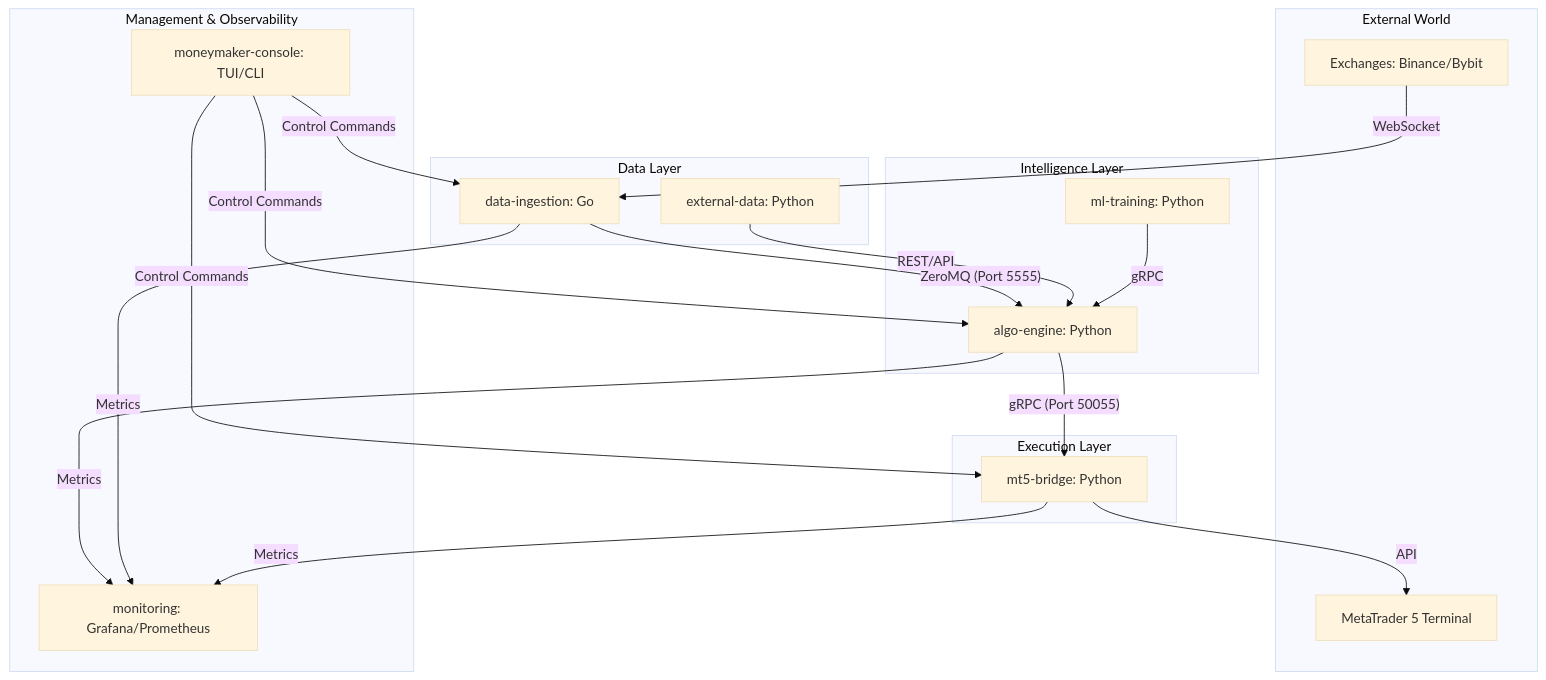
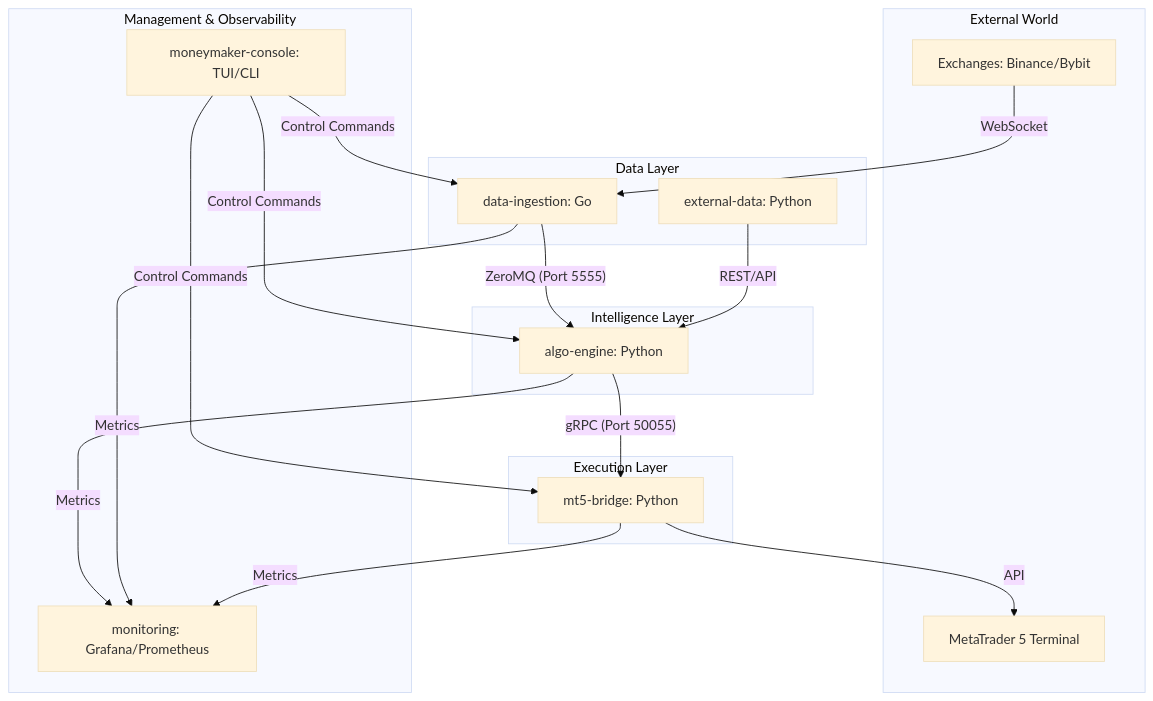
Before and after one commit to renanaugustomacena-ux/invest-smart: the diagram in program/services/README.md, drawn with Mermaid (base theme). The commit also changed other lines of this file and 3 other files, not shown here.

````diff
--- a/program/services/README.md
+++ b/program/services/README.md
@@ -11,36 +11,33 @@
 ```mermaid
 graph TD
     subgraph "External World"
         Ex[Exchanges: Binance/Bybit]
         MT5[MetaTrader 5 Terminal]
     end
 
     subgraph "Data Layer"
         DI[data-ingestion: Go]
         ED[external-data: Python]
     end
 
     subgraph "Intelligence Layer"
         AB[algo-engine: Python]
-        ML[ml-training: Python]
     end
 
     subgraph "Execution Layer"
         MB[mt5-bridge: Python]
     end
 
     subgraph "Management & Observability"
         CO[moneymaker-console: TUI/CLI]
         MO[monitoring: Grafana/Prometheus]
     end
 
     Ex -- WebSocket --> DI
     DI -- ZeroMQ (Port 5555) --> AB
     ED -- REST/API --> AB
     AB -- gRPC (Port 50055) --> MB
     MB -- API --> MT5
-    ML -- gRPC --> AB
-    
     AB & DI & MB -- Metrics --> MO
     CO -- Control Commands --> AB & DI & MB
 ```
````
